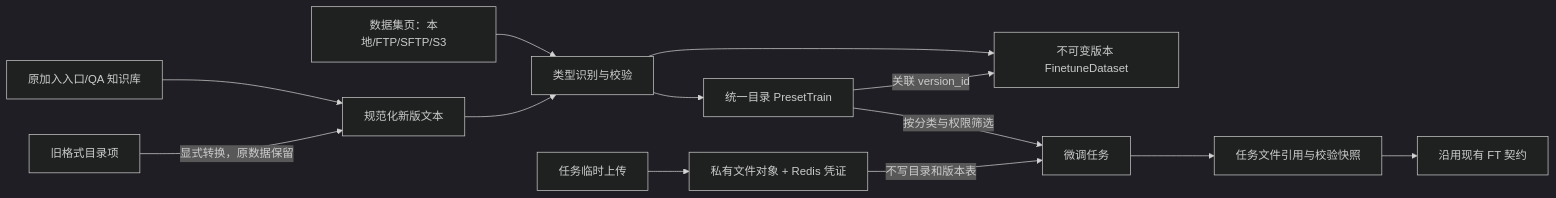
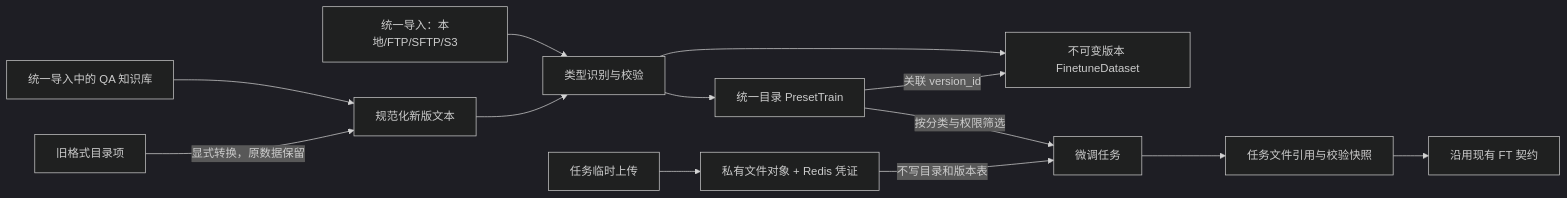
Before and after one commit to dataelement/bisheng: the diagram in features/v3.1.0-beta1/025-multimodal-finetune/design.md, drawn with Mermaid (dark theme). The commit also changed other lines of this file and 27 other files, not shown here.

````diff
--- a/features/v3.1.0-beta1/025-multimodal-finetune/design.md
+++ b/features/v3.1.0-beta1/025-multimodal-finetune/design.md
@@ -279,15 +279,15 @@
 ```mermaid
 flowchart LR
-  A[数据集页：本地/FTP/SFTP/S3] --> B[类型识别与校验]
-  Q[原加入入口/QA 知识库] --> N[规范化新版文本]
+  A[统一导入：本地/FTP/SFTP/S3] --> B[类型识别与校验]
+  Q[统一导入中的 QA 知识库] --> N[规范化新版文本]
   N --> B
   B --> C[统一目录 PresetTrain]
   B --> V[不可变版本 FinetuneDataset]
   C -->|关联 version_id| V
   L[旧格式目录项] -->|显式转换，原数据保留| N
   C -->|按分类与权限筛选| J[微调任务]
   U[任务临时上传] --> R[私有文件对象 + Redis 凭证]
   R -->|不写目录和版本表| J
   J --> S[任务文件引用与校验快照]
   S --> F[沿用现有 FT 契约]
 ```
````
